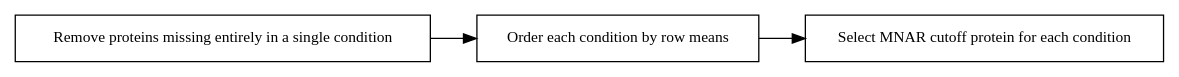
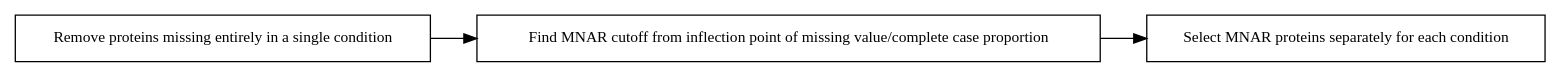
One commit to eturkes/AD-CBD-exosome-proteins changed the diagram in graphviz/missing-value-removal/01.dot. Above: the diagram before and after it, drawn with Graphviz. The commit also changed 2 other files, not shown here.

Commit message:
Improve search for MNAR cutoff
Instead of visual inspection of sorted heatmaps, we use the inflection
point of stacked probability densities of the proportion of missing
values/complete cases as a function of intensity. We use the cutoff
returned by the Control condition only for downstream analysis, as the
variability is lower and should provide a more accurate cutoff.

```diff
--- a/graphviz/missing-value-removal/01.dot
+++ b/graphviz/missing-value-removal/01.dot
@@ -1,30 +1,30 @@
 /*
 Copyright 2019-2020 Emir Turkes, Guar Pallavi, Stephanie Fowler, UK DRI at UCL, Columbia
 University Medical Center
 
 Licensed under the Apache License, Version 2.0 (the "License");
 you may not use this file except in compliance with the License.
 You may obtain a copy of the License at
 
     http://www.apache.org/licenses/LICENSE-2.0
 
 Unless required by applicable law or agreed to in writing, software
 distributed under the License is distributed on an "AS IS" BASIS,
 WITHOUT WARRANTIES OR CONDITIONS OF ANY KIND, either express or implied.
 See the License for the specific language governing permissions and
 limitations under the License.
 */
 
 digraph {
     rankdir=LR;
     node [shape=box, fontname=Verdana, fontsize=12];
     edge [fontname=Verdana, fontsize=12];
     splines=ortho;
 
     rm_all_missing [label="Remove proteins missing entirely in a single condition"];
-    order [label="Order each condition by row means"];
-    select_MNAR [label="Select MNAR cutoff protein for each condition"];
+    MNAR_cutoff [label="Find MNAR cutoff from inflection point of missing value/complete case proportion"];
+    select_MNAR [label="Select MNAR proteins separately for each condition"];
 
-    rm_all_missing -> order;
-    order -> select_MNAR;
+    rm_all_missing -> MNAR_cutoff;
+    MNAR_cutoff -> select_MNAR;
 }
```
